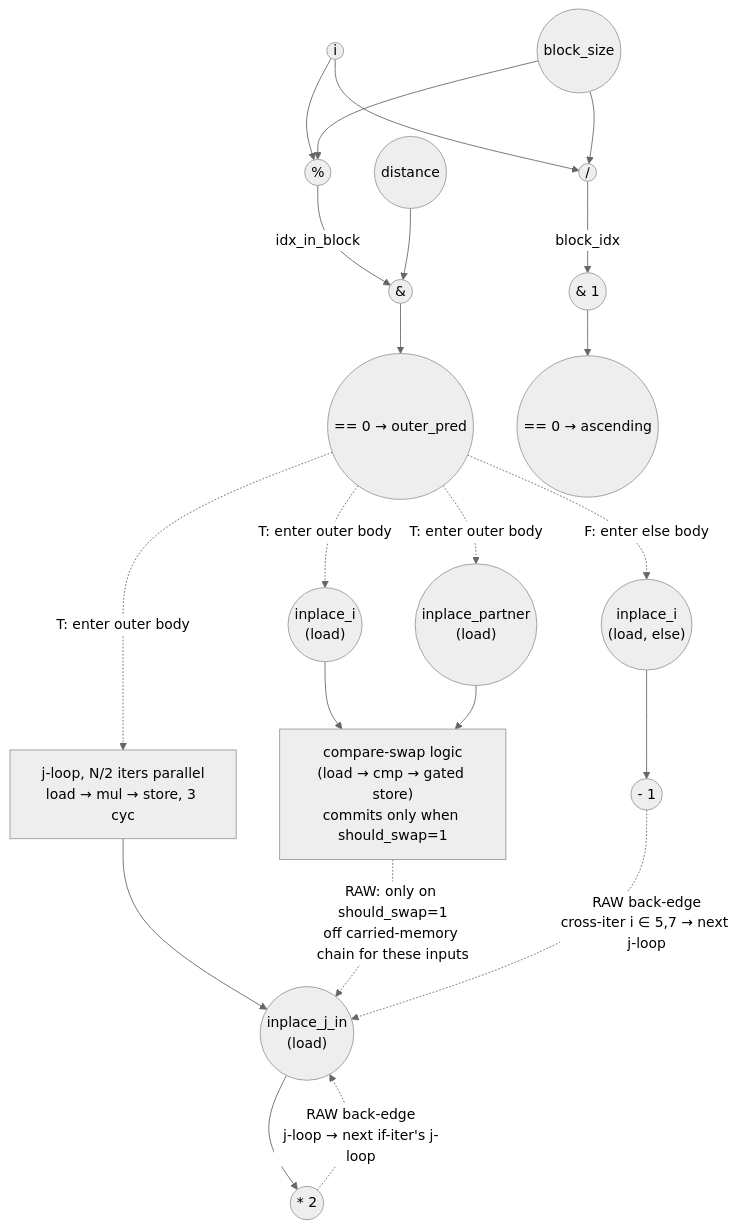
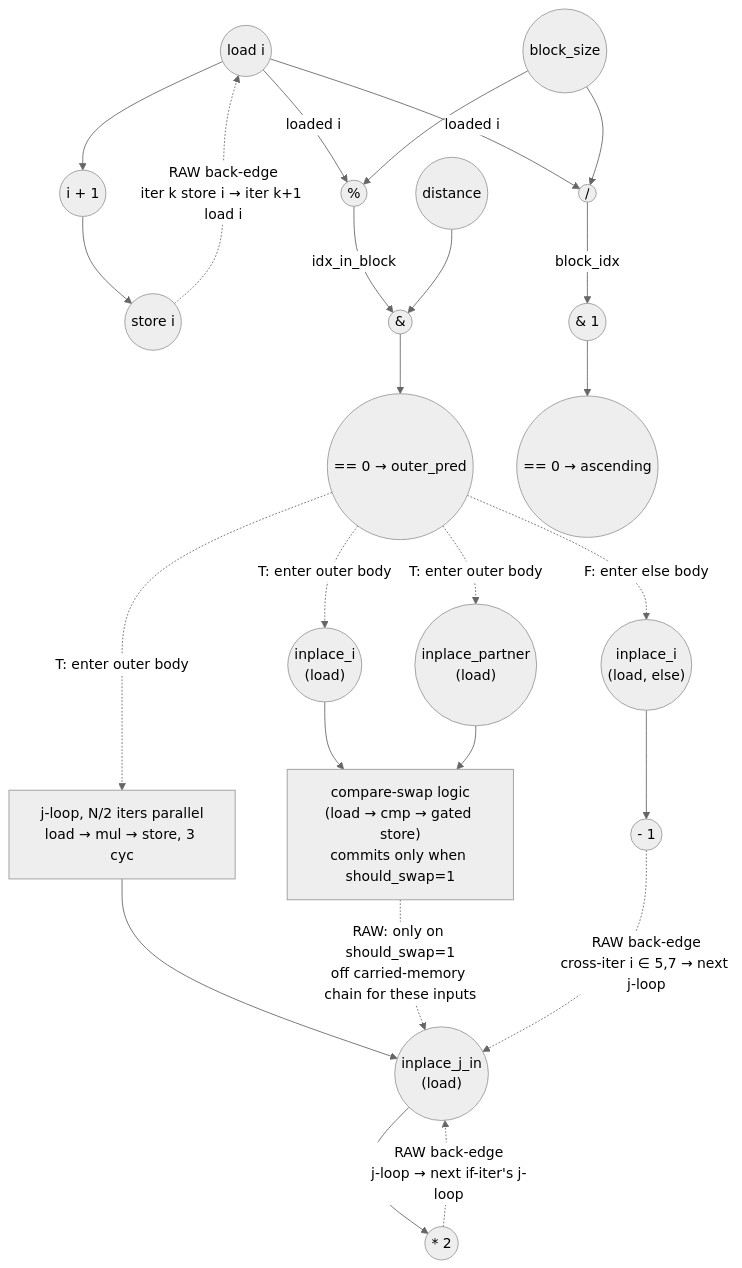
Before and after one commit to PolyArch/loom: the diagram in tests/app/bitonic_stage-modified/bitonic_stage-modified_eval.md, drawn with Mermaid (neutral theme). The commit also changed other lines of this file and 7 other files, not shown here.

````diff
--- a/tests/app/bitonic_stage-modified/bitonic_stage-modified_eval.md
+++ b/tests/app/bitonic_stage-modified/bitonic_stage-modified_eval.md
@@ -168,69 +136,80 @@
 ```mermaid
 graph TD
+  %% Sequential-iterator induction chain (the binding recurrence)
+  i_ld(("load i"))
+  i_inc((" i + 1 "))
+  i_st(("store i"))
+
   %% Shared predicate inputs
-  i(("i"))
   block_size(("block_size"))
   distance(("distance"))
 
   %% Predicate ops (unconditional)
   div((" / "))
   mod((" % "))
   band_pred((" & "))
   cmp_pred((" == 0 → outer_pred "))
   band_asc((" & 1 "))
   cmp_asc((" == 0 → ascending "))
 
   %% Compare-swap inputs (baseline path, inside partner<N body)
   inplace_i(("inplace_i<br>(load)"))
   inplace_p(("inplace_partner<br>(load)"))
   swap["compare-swap logic<br>(load → cmp → gated store)<br>commits only when should_swap=1"]
 
   %% j-loop body (inside outer body)
   jloop["j-loop, N/2 iters parallel<br>load → mul → store, 3 cyc"]
   inplace_j_in(("inplace_j_in<br>(load)"))
   mul((" * 2 "))
 
   %% Else body (gated by ¬outer_pred)
   inplace_i_else(("inplace_i<br>(load, else)"))
   sub((" - 1 "))
 
-  %% Predicate dataflow
-  i --> div
-  i --> mod
+  %% Sequential-iterator induction: load i → i+1 → store i, chained across iters
+  i_ld --> i_inc
+  i_inc --> i_st
+  i_st -.->|RAW back-edge<br>iter k store i → iter k+1 load i| i_ld
+
+  %% Predicate dataflow (the loaded counter feeds the predicate)
+  i_ld -->|loaded i| div
+  i_ld -->|loaded i| mod
   block_size --> div
   block_size --> mod
   div -->|block_idx| band_asc
   band_asc --> cmp_asc
   mod -->|idx_in_block| band_pred
   distance --> band_pred
   band_pred --> cmp_pred
 
   %% Strict gate: outer body waits for outer_pred=T
   cmp_pred -. T: enter outer body .-> inplace_i
   cmp_pred -. T: enter outer body .-> inplace_p
   cmp_pred -. T: enter outer body .-> jloop
 
   %% Compare-swap (inside partner<N body, inside outer body)
   inplace_i --> swap
   inplace_p --> swap
 
   %% j-loop body
   jloop --> inplace_j_in
   inplace_j_in --> mul
   mul -.->|RAW back-edge<br>j-loop → next if-iter's j-loop| inplace_j_in
 
   %% Compare-swap → j-loop read set (within-iter for i∈{4,6} compare-swap, plus cross-iter)
   %% — but only fires when should_swap=1. For test inputs, i∈{0,2} commit and touch inplace[0..3],
   %% which the j-loop's inplace[N/2..N-1] reads don't intersect. So no critical-path edge.
   swap -.->|RAW: only on should_swap=1<br>off carried-memory chain for these inputs| inplace_j_in
 
   %% Strict gate: else body waits for ¬outer_pred
   cmp_pred -. F: enter else body .-> inplace_i_else
   inplace_i_else --> sub
 
   %% Cross-iter: else stores at i ∈ {5,7} feed later if-iters' j-loop reads
   sub -.->|RAW back-edge<br>cross-iter i ∈ 5,7 → next j-loop| inplace_j_in
 
-  %% Critical path: outer_pred gate → j-loop body → j-loop RAW (×3) → else → j-loop RAW
-  %% linkStyle 13,14,15,16,18,21,23 stroke:#ff0000,stroke-width:3px;
+  %% Critical path: the sequential-iterator induction chain (load i → i+1 →
+  %% store i, chained across all 8 iters) gates each iter's predicate; the
+  %% deepest iter (i=7) then feeds its else write inplace[7]. The dashed memory
+  %% back-edges form a shorter, slack recurrence.
 ```
````
